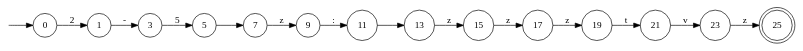
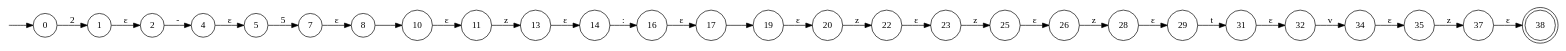
Before and after one commit to etillison3350/automata-tests: the diagram in graphs/nfa.gv, drawn with Graphviz. The commit also changed 7 other files, not shown here.

```diff
--- a/graphs/nfa.gv
+++ b/graphs/nfa.gv
@@ -1,39 +1,65 @@
 digraph nfa {
 	graph [rankdir=LR]
 	node [shape=circle]
 	{
 		graph [margin="0,0" rank=source]
 		"" [fixedsize=true margin="0,0" shape=none width=0]
 	}
 	{
 		graph [rank=sink]
-		25 [shape=doublecircle]
+		38 [shape=doublecircle]
 	}
 	0
 	1
-	3
+	2
+	4
 	5
 	7
-	9
+	8
+	10
 	11
 	13
-	15
+	14
+	16
 	17
 	19
-	21
+	20
+	22
 	23
+	25
+	26
+	28
+	29
+	31
+	32
+	34
+	35
+	37
 	0 -> 1 [label=2]
-	1 -> 3 [label="-"]
-	3 -> 5 [label=5]
-	5 -> 7 [label=" "]
-	7 -> 9 [label=z]
-	9 -> 11 [label=":"]
-	11 -> 13 [label=" "]
-	13 -> 15 [label=z]
-	15 -> 17 [label=z]
-	17 -> 19 [label=z]
-	19 -> 21 [label=t]
-	21 -> 23 [label=v]
+	1 -> 2 [label="ε"]
+	2 -> 4 [label="-"]
+	4 -> 5 [label="ε"]
+	5 -> 7 [label=5]
+	7 -> 8 [label="ε"]
+	8 -> 10 [label=" "]
+	10 -> 11 [label="ε"]
+	11 -> 13 [label=z]
+	13 -> 14 [label="ε"]
+	14 -> 16 [label=":"]
+	16 -> 17 [label="ε"]
+	17 -> 19 [label=" "]
+	19 -> 20 [label="ε"]
+	20 -> 22 [label=z]
+	22 -> 23 [label="ε"]
 	23 -> 25 [label=z]
+	25 -> 26 [label="ε"]
+	26 -> 28 [label=z]
+	28 -> 29 [label="ε"]
+	29 -> 31 [label=t]
+	31 -> 32 [label="ε"]
+	32 -> 34 [label=v]
+	34 -> 35 [label="ε"]
+	35 -> 37 [label=z]
+	37 -> 38 [label="ε"]
 	"" -> 0
 }
```
